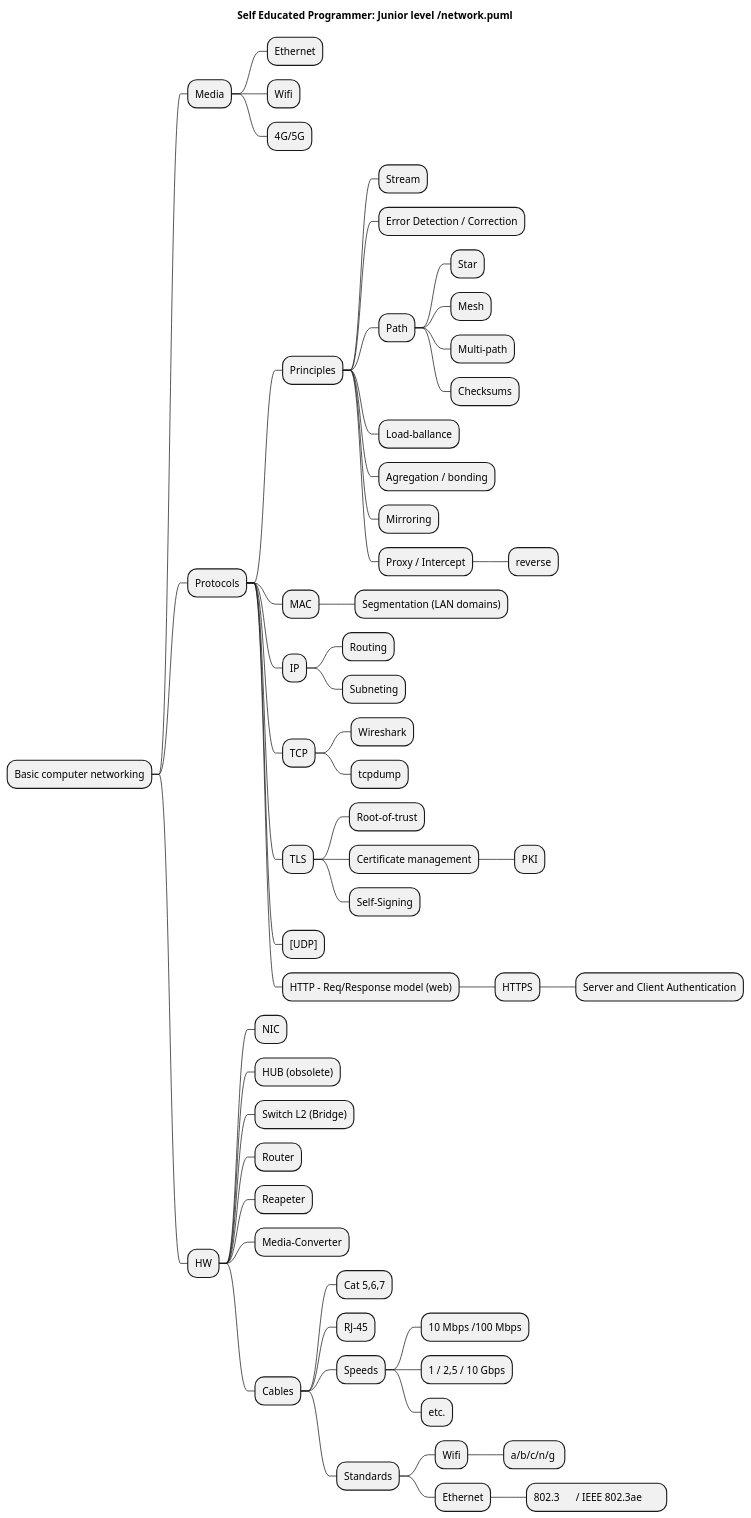
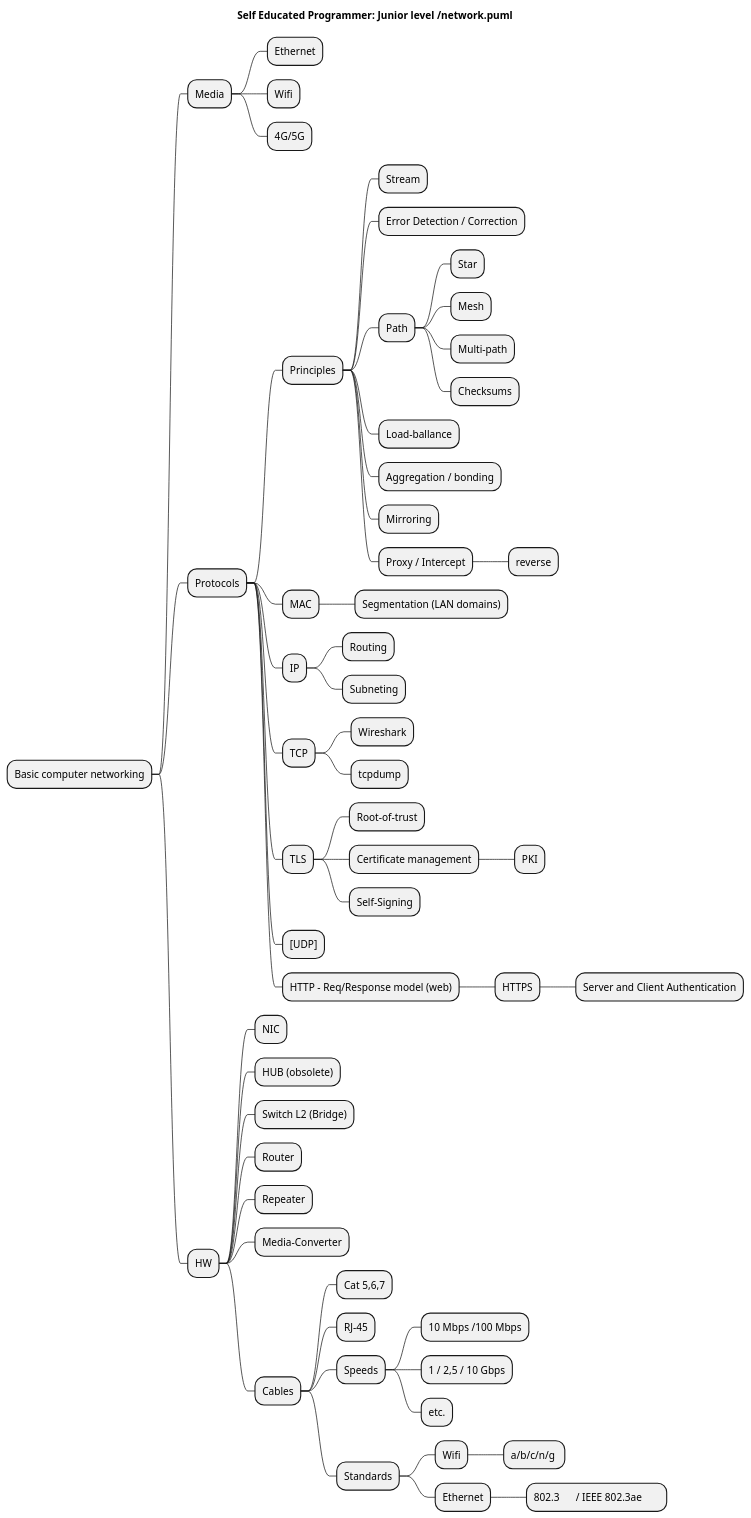
One commit to SmartSoftDev/self_educated_software_programmer_path changed the diagram in src/network.puml. Above: the diagram before and after it, drawn with PlantUML. The commit also changed 14 other files, not shown here.

```diff
--- a/src/network.puml
+++ b/src/network.puml
@@ -1,60 +1,60 @@
 @startmindmap
 title Self Educated Programmer: Junior level /network.puml
 
 * Basic computer networking
 ** Media
 *** Ethernet
 *** Wifi
 *** 4G/5G
 ** Protocols
 *** Principles
 **** Stream
 **** Error Detection / Correction
 **** Path
 ***** Star
 ***** Mesh
 ***** Multi-path
 ***** Checksums
 **** Load-ballance
-**** Agregation / bonding
+**** Aggregation / bonding
 **** Mirroring
 **** Proxy / Intercept
 ***** reverse
 *** MAC
 **** Segmentation (LAN domains)
 *** IP
 **** Routing
 **** Subneting
 *** TCP
 **** Wireshark
 **** tcpdump
 *** TLS
 **** Root-of-trust
 **** Certificate management
 ***** PKI
 **** Self-Signing
 *** [UDP]
 *** HTTP - Req/Response model (web)
 **** HTTPS
 ***** Server and Client Authentication
 ** HW
 *** NIC
 *** HUB (obsolete)
 *** Switch L2 (Bridge)
 *** Router
-*** Reapeter
+*** Repeater
 *** Media-Converter
 *** Cables
 **** Cat 5,6,7
 **** RJ-45
 **** Speeds
 ***** 10 Mbps /100 Mbps
 ***** 1 / 2,5 / 10 Gbps
 ***** etc.
 **** Standards
 ***** Wifi
 ****** a/b/c/n/g 
 ***** Ethernet
 ****** 802.3	/ IEEE 802.3ae	
 
 @endmindmap
```
